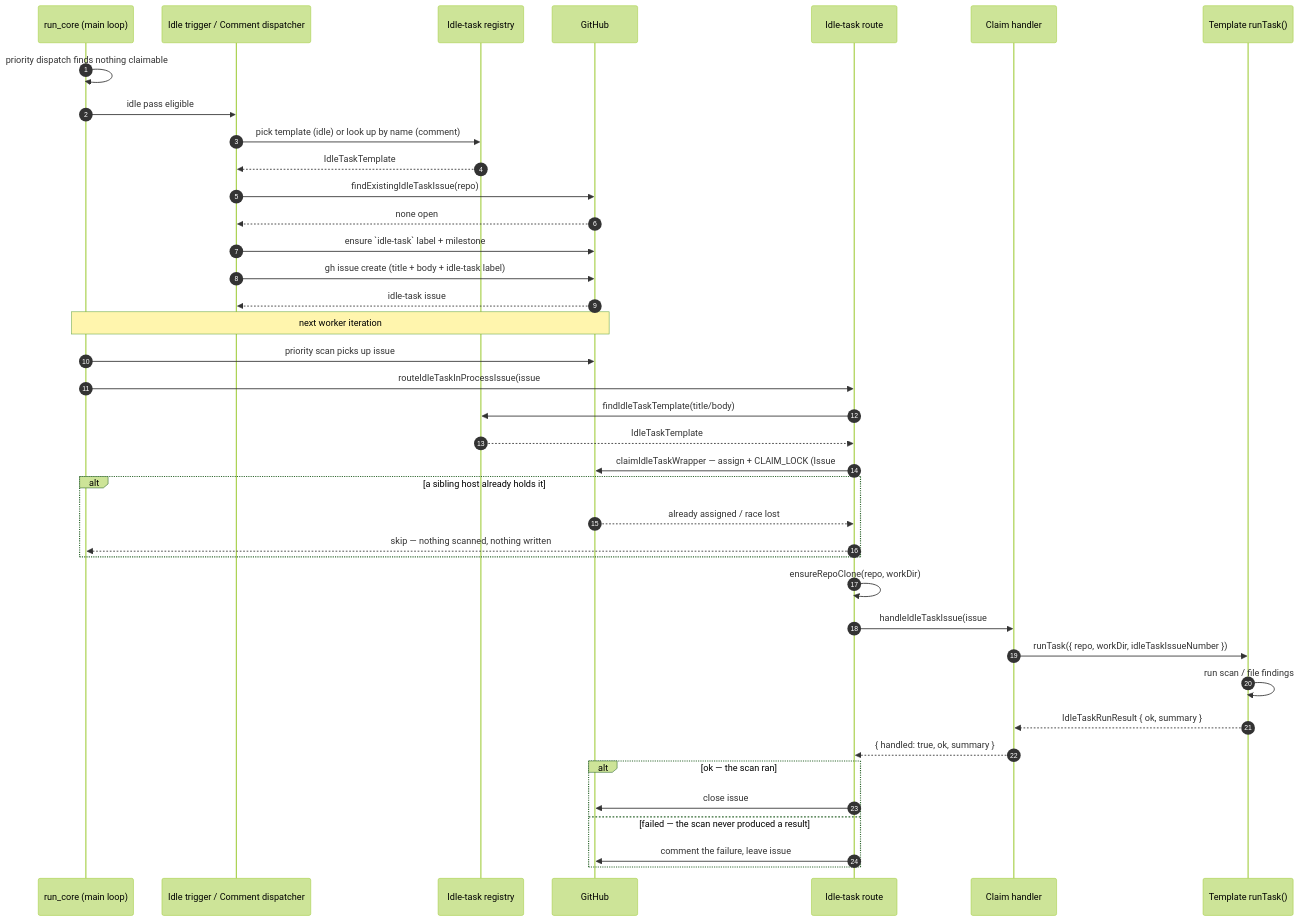
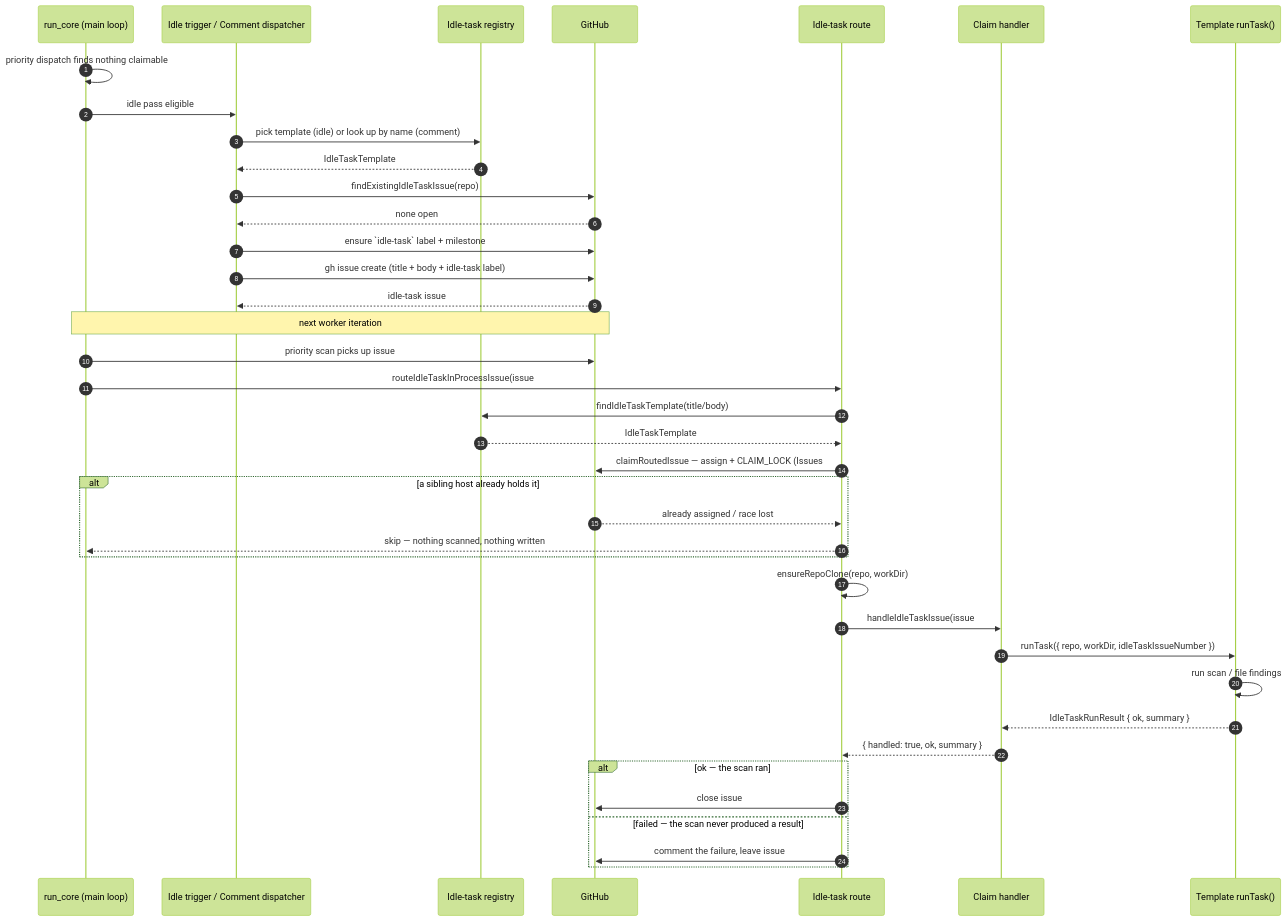
The first of 18 diagrams in docs/IDLE-TASK-FRAMEWORK.md (stSoftwareAU/VibeCoder), drawn with Mermaid (forest theme) before and after one commit. The commit also changed other lines of this file and 18 other files, not shown here.

First line of the commit message:
Claim the add-repo and seed-idle-tasks routes, and release nothing on a refused setup claim (Issue #1193)

````diff
--- a/docs/IDLE-TASK-FRAMEWORK.md
+++ b/docs/IDLE-TASK-FRAMEWORK.md
@@ -47,42 +47,42 @@
 ```mermaid
 sequenceDiagram
     autonumber
     participant Main as run_core (main loop)
     participant Trigger as Idle trigger / Comment dispatcher
     participant Registry as Idle-task registry
     participant GH as GitHub
     participant Route as Idle-task route
     participant Claim as Claim handler
     participant Runner as Template runTask()
 
     Main->>Main: priority dispatch finds nothing claimable
     Main->>Trigger: idle pass eligible
     Trigger->>Registry: pick template (idle) or look up by name (comment)
     Registry-->>Trigger: IdleTaskTemplate
     Trigger->>GH: findExistingIdleTaskIssue(repo)
     GH-->>Trigger: none open
     Trigger->>GH: ensure `idle-task` label + milestone
     Trigger->>GH: gh issue create (title + body + idle-task label)
     GH-->>Trigger: idle-task issue #N
     Note over Main,GH: next worker iteration
     Main->>GH: priority scan picks up issue #N
     Main->>Route: routeIdleTaskInProcessIssue(issue #N)
     Route->>Registry: findIdleTaskTemplate(title/body)
     Registry-->>Route: IdleTaskTemplate
-    Route->>GH: claimIdleTaskWrapper — assign + CLAIM_LOCK (Issue #1139)
+    Route->>GH: claimRoutedIssue — assign + CLAIM_LOCK (Issues #1139, #1193)
     alt a sibling host already holds it
         GH-->>Route: already assigned / race lost
         Route-->>Main: skip — nothing scanned, nothing written
     end
     Route->>Route: ensureRepoClone(repo, workDir)
     Route->>Claim: handleIdleTaskIssue(issue #N)
     Claim->>Runner: runTask({ repo, workDir, idleTaskIssueNumber })
     Runner->>Runner: run scan / file findings
     Runner-->>Claim: IdleTaskRunResult { ok, summary }
     Claim-->>Route: { handled: true, ok, summary }
     alt ok — the scan ran
         Route->>GH: close issue #N with the summary
     else failed — the scan never produced a result
         Route->>GH: comment the failure, leave issue #N OPEN
     end
 ```
````
